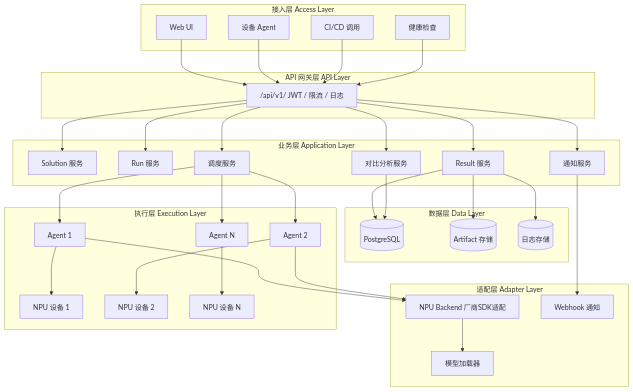
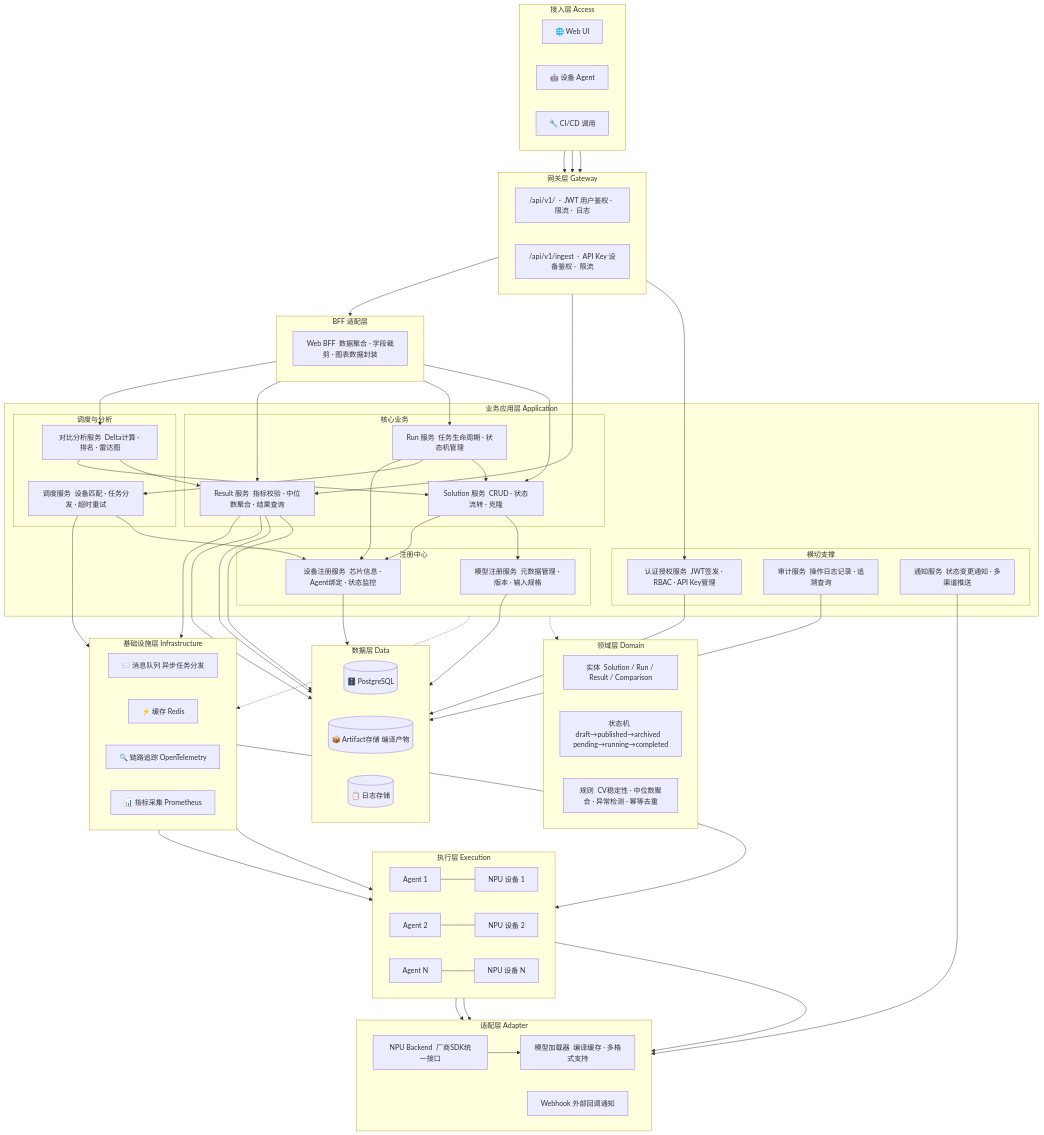
The diagram in NPU设计文档.md (2309724680-cloud/OptHubn), drawn with Mermaid before and after one commit. The commit also changed other lines of this file, not shown here.

Commit message:
docs: update system architecture diagram with BFF, domain, infra layers and service regrouping

````diff
--- a/NPU设计文档.md
+++ b/NPU设计文档.md
@@ -218,74 +218,141 @@
 ```mermaid
 flowchart TB
 
-subgraph AL["接入层 Access Layer"]
-    UI[Web UI]
-    Agent[设备 Agent]
-    CI[CI/CD 调用]
-    Health[健康检查]
+subgraph ACCESS["接入层 Access"]
+    direction LR
+    UI["🌐 Web UI"]
+    Agent["🤖 设备 Agent"]
+    CI["🔧 CI/CD 调用"]
 end
 
-subgraph API_L["API 网关层 API Layer"]
-    API["/api/v1/  JWT / 限流 / 日志"]
+subgraph GATEWAY["网关层 Gateway"]
+    direction LR
+    APIGW["/api/v1/  ·  JWT 用户鉴权 ·  限流 ·  日志"]
+    IngestGW["/api/v1/ingest  ·  API Key 设备鉴权 ·  限流"]
 end
 
-subgraph APP["业务层 Application Layer"]
-    SolutionSvc[Solution 服务]
-    RunSvc[Run 服务]
-    Scheduler[调度服务]
-    ResultSvc[Result 服务]
-    CompareSvc[对比分析服务]
-    NotifySvc[通知服务]
+subgraph BFF["BFF 适配层"]
+    direction LR
+    WebBFF["Web BFF  数据聚合 · 字段裁剪 · 图表数据封装"]
 end
 
-subgraph ADAPTER["适配层 Adapter Layer"]
-    Backend[NPU Backend 厂商SDK适配]
-    Loader[模型加载器]
-    Webhook[Webhook 通知]
+subgraph BUSINESS["业务应用层 Application"]
+
+    subgraph CORE["核心业务"]
+        SolutionSvc["Solution 服务  CRUD · 状态流转 · 克隆"]
+        RunSvc["Run 服务  任务生命周期 · 状态机管理"]
+        ResultSvc["Result 服务  指标校验 · 中位数聚合 · 结果查询"]
+    end
+
+    subgraph SCHEDULE["调度与分析"]
+        Scheduler["调度服务  设备匹配 · 任务分发 · 超时重试"]
+        CompareSvc["对比分析服务  Delta计算 · 排名 · 雷达图"]
+    end
+
+    subgraph SUPPORT["横切支撑"]
+        AuthSvc["认证授权服务  JWT签发 · RBAC · API Key管理"]
+        AuditSvc["审计服务  操作日志记录 · 追溯查询"]
+        NotifySvc["通知服务  状态变更通知 · 多渠道推送"]
+    end
+
+    subgraph REGISTRY["注册中心"]
+        ModelRegSvc["模型注册服务  元数据管理 · 版本 · 输入规格"]
+        DeviceRegSvc["设备注册服务  芯片信息 · Agent绑定 · 状态监控"]
+    end
 end
 
-subgraph DATA["数据层 Data Layer"]
-    DB[(PostgreSQL)]
-    Artifact[(Artifact 存储)]
-    Log[(日志存储)]
+subgraph DOMAIN["领域层 Domain"]
+    direction LR
+    Entity["实体  Solution / Run / Result / Comparison"]
+    State["状态机  draft→published→archived   pending→running→completed"]
+    Rule["规则  CV稳定性 · 中位数聚合 · 异常检测 · 幂等去重"]
 end
 
-subgraph EXEC["执行层 Execution Layer"]
-    A1[Agent 1]
-    A2[Agent 2]
-    AN[Agent N]
-    NPU1[NPU 设备 1]
-    NPU2[NPU 设备 2]
-    NPUN[NPU 设备 N]
+subgraph INFRA["基础设施层 Infrastructure"]
+    direction LR
+    MQ["📨 消息队列  异步任务分发"]
+    Cache["⚡ 缓存  Redis"]
+    Trace["🔍 链路追踪  OpenTelemetry"]
+    Monitor["📊 指标采集  Prometheus"]
 end
 
-UI --> API
-Agent --> API
-CI --> API
-Health --> API
+subgraph ADAPTER["适配层 Adapter"]
+    direction LR
+    Backend["NPU Backend  厂商SDK统一接口"]
+    Loader["模型加载器  编译缓存 · 多格式支持"]
+    Webhook["Webhook  外部回调通知"]
+end
 
-API --> SolutionSvc
-API --> RunSvc
-API --> Scheduler
-API --> ResultSvc
-API --> CompareSvc
-API --> NotifySvc
+subgraph DATA["数据层 Data"]
+    direction LR
+    DB[("🗄️ PostgreSQL")]
+    Artifact[("📦 Artifact存储  编译产物")]
+    LogStore[("📋 日志存储")]
+end
 
-Scheduler --> A1
-Scheduler --> A2
-Scheduler --> AN
+subgraph EXEC["执行层 Execution"]
+    direction LR
+    A1["Agent 1"] --- NPU1["NPU 设备 1"]
+    A2["Agent 2"] --- NPU2["NPU 设备 2"]
+    AN["Agent N"] --- NPUN["NPU 设备 N"]
+end
 
-A1 --> NPU1
-A2 --> NPU2
-AN --> NPUN
+%% ===== 接入 → 网关 =====
+UI --> APIGW
+CI --> APIGW
+Agent --> IngestGW
 
+%% ===== 网关 → BFF / Auth =====
+APIGW --> AuthSvc
+APIGW --> WebBFF
+
+%% ===== BFF → 核心业务 =====
+WebBFF --> SolutionSvc
+WebBFF --> RunSvc
+WebBFF --> ResultSvc
+WebBFF --> CompareSvc
+
+%% ===== Ingest 网关 → Result =====
+IngestGW --> ResultSvc
+
+%% ===== 业务服务内部编排 =====
+RunSvc --> SolutionSvc
+RunSvc --> Scheduler
+RunSvc --> DeviceRegSvc
+Scheduler --> DeviceRegSvc
+Scheduler --> MQ
+ResultSvc --> MQ
+CompareSvc --> ResultSvc
+CompareSvc --> SolutionSvc
+
+%% ===== 注册中心 =====
+SolutionSvc --> ModelRegSvc
+SolutionSvc --> DeviceRegSvc
+ModelRegSvc --> DB
+DeviceRegSvc --> DB
+
+%% ===== 支撑服务 =====
+AuthSvc --> DB
+AuditSvc --> DB
+NotifySvc --> Webhook
+
+%% ===== 异步通道：MQ → Agent =====
+MQ --> A1
+MQ --> A2
+MQ --> AN
+
+%% ===== Agent → NPU =====
 A1 --> Backend
 A2 --> Backend
+AN --> Backend
 Backend --> Loader
 
+%% ===== 数据写入 =====
 ResultSvc --> DB
-ResultSvc --> Log
 ResultSvc --> Artifact
-CompareSvc --> DB
-NotifySvc --> Webhook
+ResultSvc --> LogStore
+
+%% ===== 跨层依赖 =====
+BUSINESS -.-> DOMAIN
+BUSINESS -.-> INFRA
 ```
````
